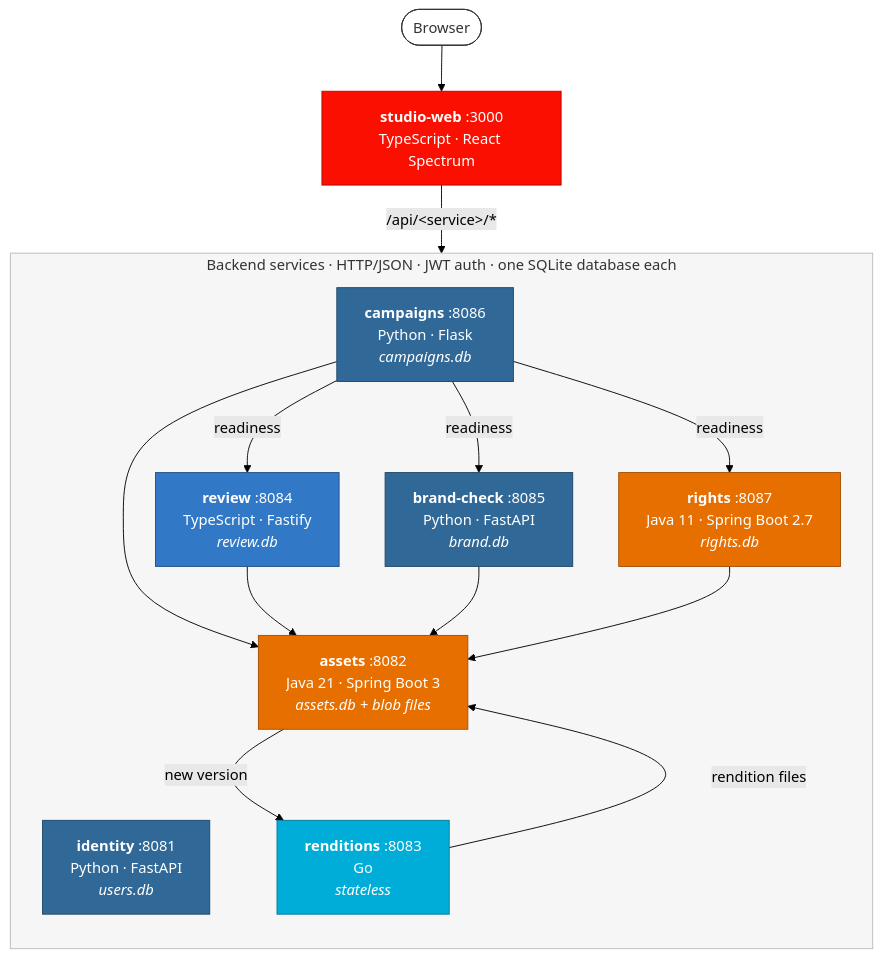
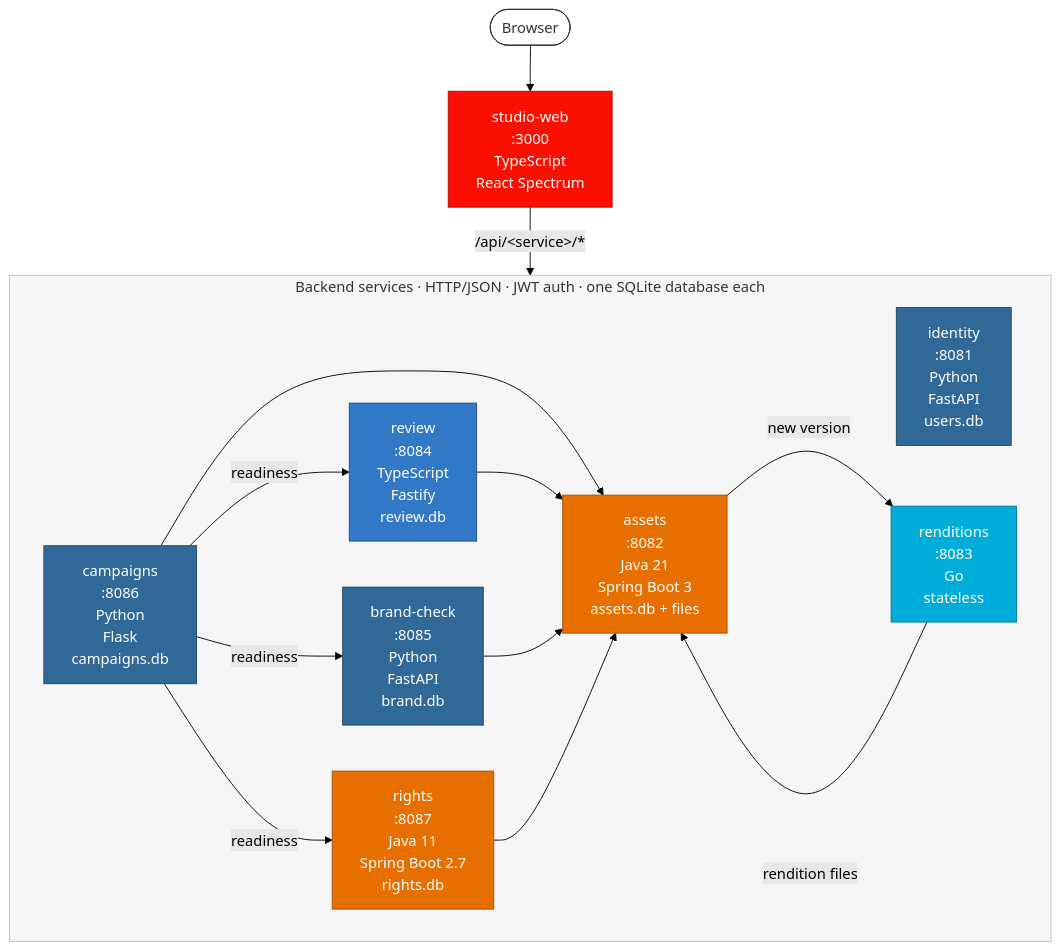
One commit to ggalloro/lumen-studio changed the diagram in README.md. Above: the diagram before and after it, drawn with Mermaid (forest theme).

Commit message:
README: square architecture diagram with plain labels
Lays out the backend services left to right under the web app, so the
diagram fits a landscape screen, and drops bold and italic text from the
labels so GitHub does not clip them.

````diff
--- a/README.md
+++ b/README.md
@@ -15,45 +15,45 @@
 ```mermaid
 flowchart TB
     user(["Browser"])
-    web["<b>studio-web</b> :3000<br/>TypeScript · React Spectrum"]
+    web["studio-web<br/>:3000<br/>TypeScript<br/>React Spectrum"]
 
     subgraph backends["Backend services · HTTP/JSON · JWT auth · one SQLite database each"]
-        direction TB
-        identity["<b>identity</b> :8081<br/>Python · FastAPI<br/><i>users.db</i>"]
-        campaigns["<b>campaigns</b> :8086<br/>Python · Flask<br/><i>campaigns.db</i>"]
-        review["<b>review</b> :8084<br/>TypeScript · Fastify<br/><i>review.db</i>"]
-        brand["<b>brand-check</b> :8085<br/>Python · FastAPI<br/><i>brand.db</i>"]
-        rights["<b>rights</b> :8087<br/>Java 11 · Spring Boot 2.7<br/><i>rights.db</i>"]
-        assets["<b>assets</b> :8082<br/>Java 21 · Spring Boot 3<br/><i>assets.db + blob files</i>"]
-        renditions["<b>renditions</b> :8083<br/>Go<br/><i>stateless</i>"]
+        direction LR
+        identity["identity<br/>:8081<br/>Python<br/>FastAPI<br/>users.db"]
+        campaigns["campaigns<br/>:8086<br/>Python<br/>Flask<br/>campaigns.db"]
+        review["review<br/>:8084<br/>TypeScript<br/>Fastify<br/>review.db"]
+        brand["brand-check<br/>:8085<br/>Python<br/>FastAPI<br/>brand.db"]
+        rights["rights<br/>:8087<br/>Java 11<br/>Spring Boot 2.7<br/>rights.db"]
+        assets["assets<br/>:8082<br/>Java 21<br/>Spring Boot 3<br/>assets.db + files"]
+        renditions["renditions<br/>:8083<br/>Go<br/>stateless"]
     end
 
     user --> web
     web -- "/api/&lt;service&gt;/*" --> backends
 
     campaigns -- readiness --> review
     campaigns -- readiness --> brand
     campaigns -- readiness --> rights
     campaigns --> assets
     review --> assets
     brand --> assets
     rights --> assets
     assets -- "new version" --> renditions
     renditions -- "rendition files" --> assets
 
     style backends fill:#f6f6f6,stroke:#bbbbbb,color:#333
 
     classDef ui fill:#FA0F00,stroke:#B30B00,color:#fff
     classDef py fill:#306998,stroke:#1e4766,color:#fff
     classDef ts fill:#3178C6,stroke:#1f4f85,color:#fff
     classDef java fill:#E76F00,stroke:#a34f00,color:#fff
     classDef go fill:#00ADD8,stroke:#007a99,color:#fff
     classDef actor fill:#fff,stroke:#333,color:#333
 
     class web ui
     class identity,campaigns,brand py
     class review ts
     class assets,rights java
     class renditions go
     class user actor
 ```
````
